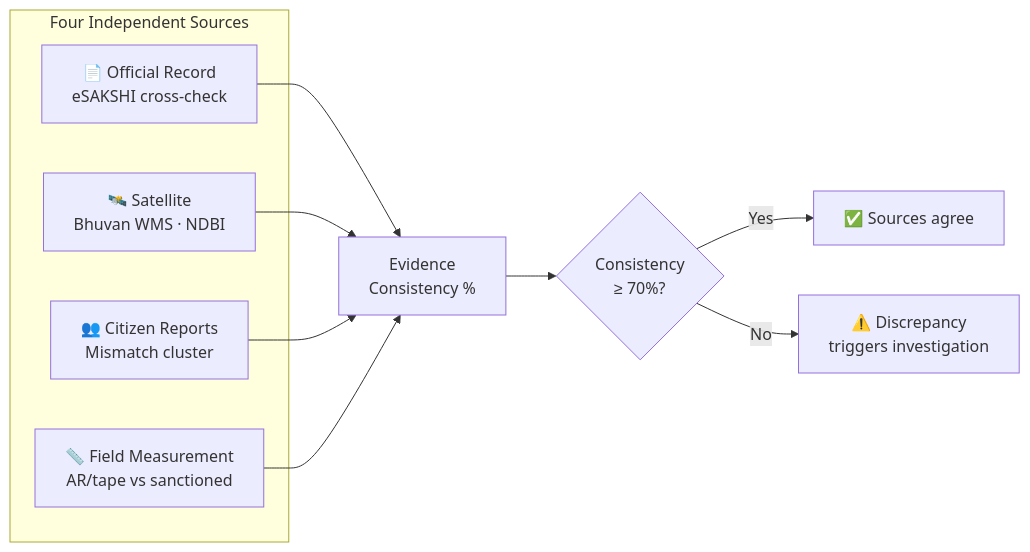
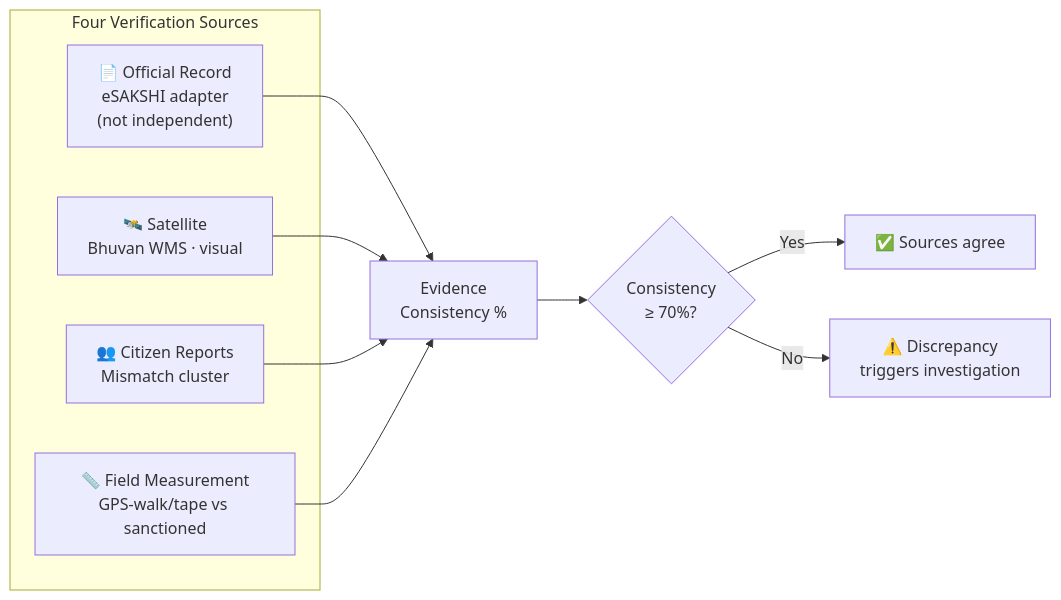
Before and after one commit to utkarsh684/MPLAD-SATYA: the third of 5 diagrams in README.md, drawn with Mermaid. The commit also changed other lines of this file, not shown here.

````diff
--- a/README.md
+++ b/README.md
@@ -136,18 +217,18 @@
 ```mermaid
 flowchart LR
-    subgraph Sources["Four Independent Sources"]
-        S1["📄 Official Record<br/>eSAKSHI cross-check"]
-        S2["🛰️ Satellite<br/>Bhuvan WMS · NDBI"]
+    subgraph Sources["Four Verification Sources"]
+        S1["📄 Official Record<br/>eSAKSHI adapter<br/>(not independent)"]
+        S2["🛰️ Satellite<br/>Bhuvan WMS · visual"]
         S3["👥 Citizen Reports<br/>Mismatch cluster"]
-        S4["📏 Field Measurement<br/>AR/tape vs sanctioned"]
+        S4["📏 Field Measurement<br/>GPS-walk/tape vs sanctioned"]
     end
 
     S1 --> V["Evidence<br/>Consistency %"]
     S2 --> V
     S3 --> V
     S4 --> V
 
     V --> D{"Consistency<br/>≥ 70%?"}
     D -->|Yes| G["✅ Sources agree"]
     D -->|No| R["⚠️ Discrepancy<br/>triggers investigation"]
 ```
````
